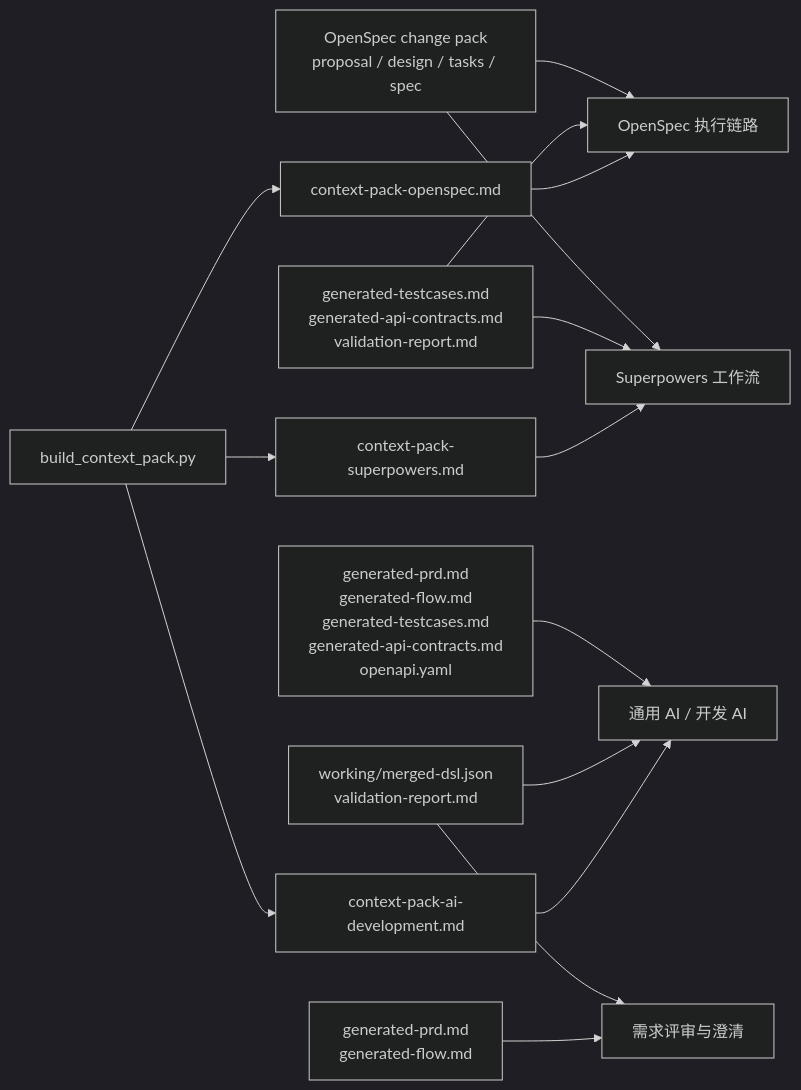
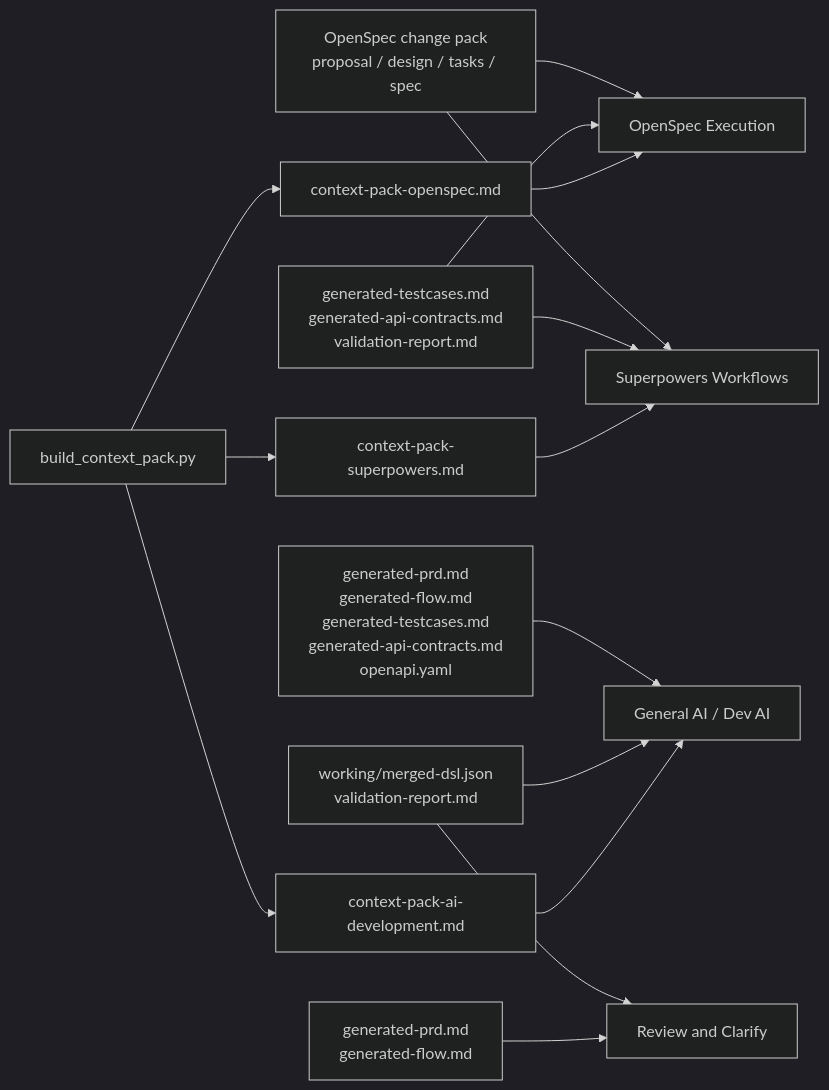
One commit to SYZ-Coder/prd-spec-workspace changed the second of 2 diagrams in README_CN.md. Above: the diagram before and after it, drawn with Mermaid (dark theme). The commit also changed other lines of this file and 13 other files, not shown here.

````diff
--- a/README_CN.md
+++ b/README_CN.md
@@ -76,17 +55,17 @@
 ```mermaid
 flowchart LR
-    A["working/merged-dsl.json\nvalidation-report.md"] --> B["需求评审与澄清"]
+    A["working/merged-dsl.json\nvalidation-report.md"] --> B["Review and Clarify"]
     C["generated-prd.md\ngenerated-flow.md"] --> B
-    D["OpenSpec change pack\nproposal / design / tasks / spec"] --> E["OpenSpec 执行链路"]
+    D["OpenSpec change pack\nproposal / design / tasks / spec"] --> E["OpenSpec Execution"]
     F["generated-testcases.md\ngenerated-api-contracts.md\nvalidation-report.md"] --> E
-    D --> G["Superpowers 工作流"]
+    D --> G["Superpowers Workflows"]
     F --> G
-    H["generated-prd.md\ngenerated-flow.md\ngenerated-testcases.md\ngenerated-api-contracts.md\nopenapi.yaml"] --> I["通用 AI / 开发 AI"]
+    H["generated-prd.md\ngenerated-flow.md\ngenerated-testcases.md\ngenerated-api-contracts.md\nopenapi.yaml"] --> I["General AI / Dev AI"]
     A --> I
     J["build_context_pack.py"] --> K["context-pack-openspec.md"]
     J --> L["context-pack-superpowers.md"]
     J --> M["context-pack-ai-development.md"]
     K --> E
     L --> G
     M --> I
 ```
````
